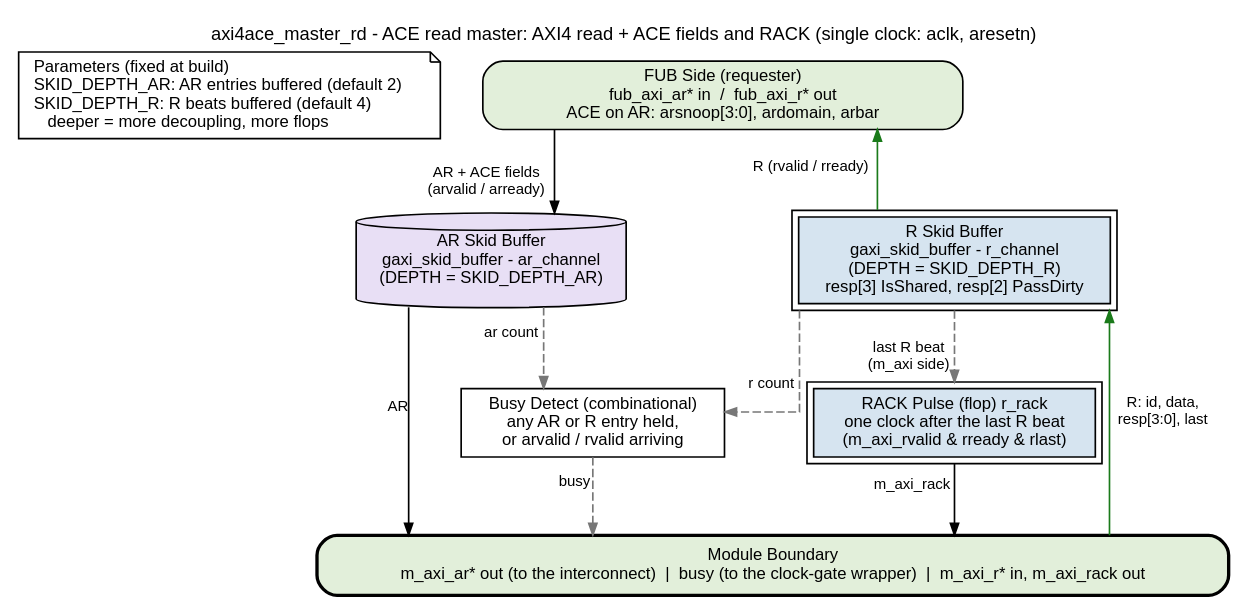
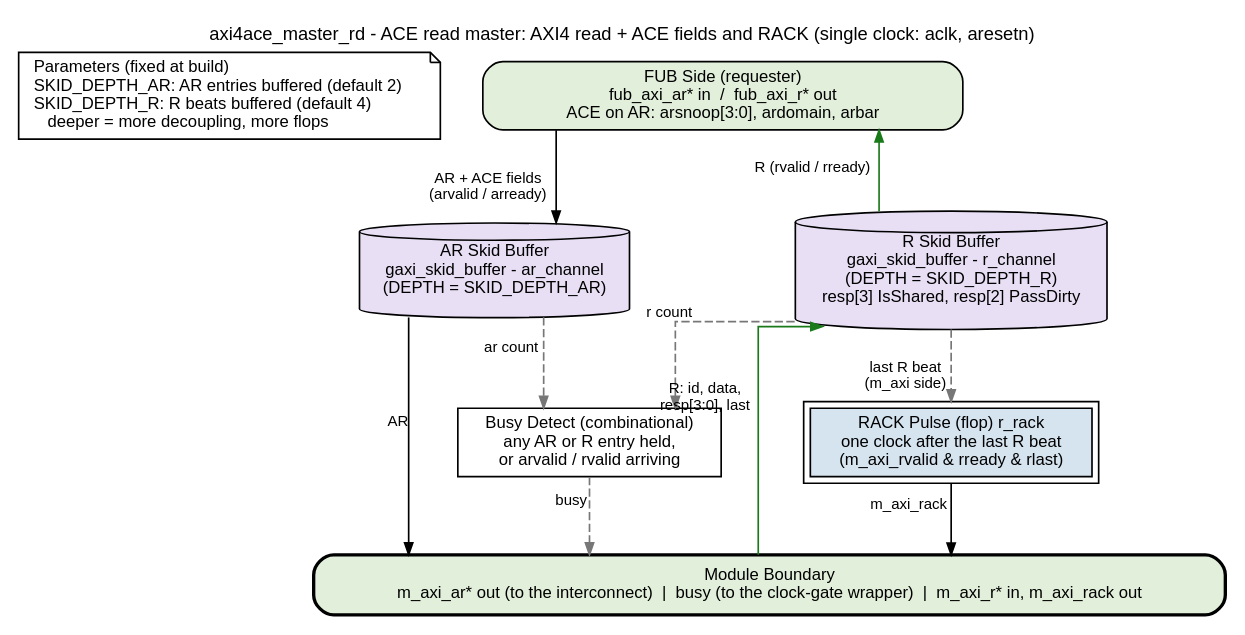
The diagram in docs/markdown/assets/rtl-amba/graphviz/axi4ace_master_rd.dot (sean-galloway/RTLDesignSherpa), drawn with Graphviz before and after one commit. The commit also changed 31 other files, not shown here.

First line of the commit message:
docs(handbook, amba): a FIFO or skid child instance is a Storage cylinder; 15 rtl-amba diagrams swept

```diff
--- a/docs/markdown/assets/rtl-amba/graphviz/axi4ace_master_rd.dot
+++ b/docs/markdown/assets/rtl-amba/graphviz/axi4ace_master_rd.dot
@@ -1,47 +1,47 @@
 // axi4ace_master_rd block diagram - house style (vault/handbook/authoring/block-diagrams.md).
 // Built from the owner-reviewed axi4 diagram; adds what ACE carries (IHI 0022H part D).
 // Requester (FUB) side at the top, the module boundary bar at the bottom.
 // AR goes down the left lane through its skid buffer; R comes back up the right
 // lane through its own skid buffer. busy (sideband for the clock-gate wrapper)
 // sits between the lanes and leaves through the bar.
 // Source of truth: rtl/amba/ace/axi4ace_master_rd.sv.
 digraph axi4ace_master_rd {
     graph [rankdir=TB, bgcolor="white", fontname="Helvetica", fontsize=11,
            nodesep="0.35", ranksep="0.60", splines=ortho, newrank=true,
            label="axi4ace_master_rd - ACE read master: AXI4 read + ACE fields and RACK (single clock: aclk, aresetn)",
            labelloc=t, labeljust=c];
     node  [fontname="Helvetica", fontsize=10, shape=box, style=filled,
            fillcolor="white", color="black", margin="0.12,0.06"];
     edge  [fontname="Helvetica", fontsize=9, color="black", arrowsize=0.7];
 
     prm  [label="Parameters (fixed at build)\lSKID_DEPTH_AR: AR entries buffered (default 2)\lSKID_DEPTH_R: R beats buffered (default 4)\l    deeper = more decoupling, more flops\l", fillcolor="white", shape=note];
     fub  [label="FUB Side (requester)\nfub_axi_ar* in  /  fub_axi_r* out\nACE on AR: arsnoop[3:0], ardomain, arbar", fillcolor="white", width=4.0, style="rounded,filled", fillcolor="#E2EFDA"];
 
     ar   [group=L, label="AR Skid Buffer\ngaxi_skid_buffer - ar_channel\n(DEPTH = SKID_DEPTH_AR)", shape=cylinder, style="filled", fillcolor="#E8DFF5"];
-    r    [group=R, label="R Skid Buffer\ngaxi_skid_buffer - r_channel\n(DEPTH = SKID_DEPTH_R)\nresp[3] IsShared, resp[2] PassDirty", peripheries=2, style="filled", fillcolor="#D6E4F0"];
+    r    [group=R, label="R Skid Buffer\ngaxi_skid_buffer - r_channel\n(DEPTH = SKID_DEPTH_R)\nresp[3] IsShared, resp[2] PassDirty", shape=cylinder, style="filled", fillcolor="#E8DFF5"];
     busy [group=C, label="Busy Detect (combinational)\nany AR or R entry held,\nor arvalid / rvalid arriving", style="filled", fillcolor="white"];
 
     mport [label="Module Boundary\nm_axi_ar* out (to the interconnect)  |  busy (to the clock-gate wrapper)  |  m_axi_r* in, m_axi_rack out",
            fillcolor="white", width=7.6, style="rounded,filled,bold", fillcolor="#E2EFDA"];
 
     // request: down the left lane
     fub -> ar    [xlabel="AR + ACE fields\n(arvalid / arready)"];
     ar  -> mport [xlabel="AR"];
     // response: back up the right lane (dir=back keeps the ranks top-down)
     r   -> mport [color="#1A7A1A", dir=back, xlabel="R: id, data,\nresp[3:0], last"];
     fub -> r     [color="#1A7A1A", dir=back, xlabel="R (rvalid / rready)"];
     // sideband between the lanes
     ar  -> busy  [style=dashed, color="#777777", xlabel="ar count"];
     r   -> busy  [style=dashed, color="#777777", xlabel="r count"];
     busy -> mport [style=dashed, color="#777777", xlabel="busy"];
 
     { rank=same; prm; fub; }
     { rank=same; ar; r; }
     prm -> fub [style=invis];
     ar -> r [style=invis, minlen=4];
     rack [label="RACK Pulse (flop) r_rack\none clock after the last R beat\n(m_axi_rvalid & rready & rlast)", peripheries=2, style="filled", fillcolor="#D6E4F0"];
     rack -> mport [xlabel="m_axi_rack"];
     r -> rack [style=dashed, color="#777777", xlabel="last R beat\n(m_axi side)"];
     { rank=same; busy; rack; }
     busy -> rack [style=invis, minlen=2];
 }
```
